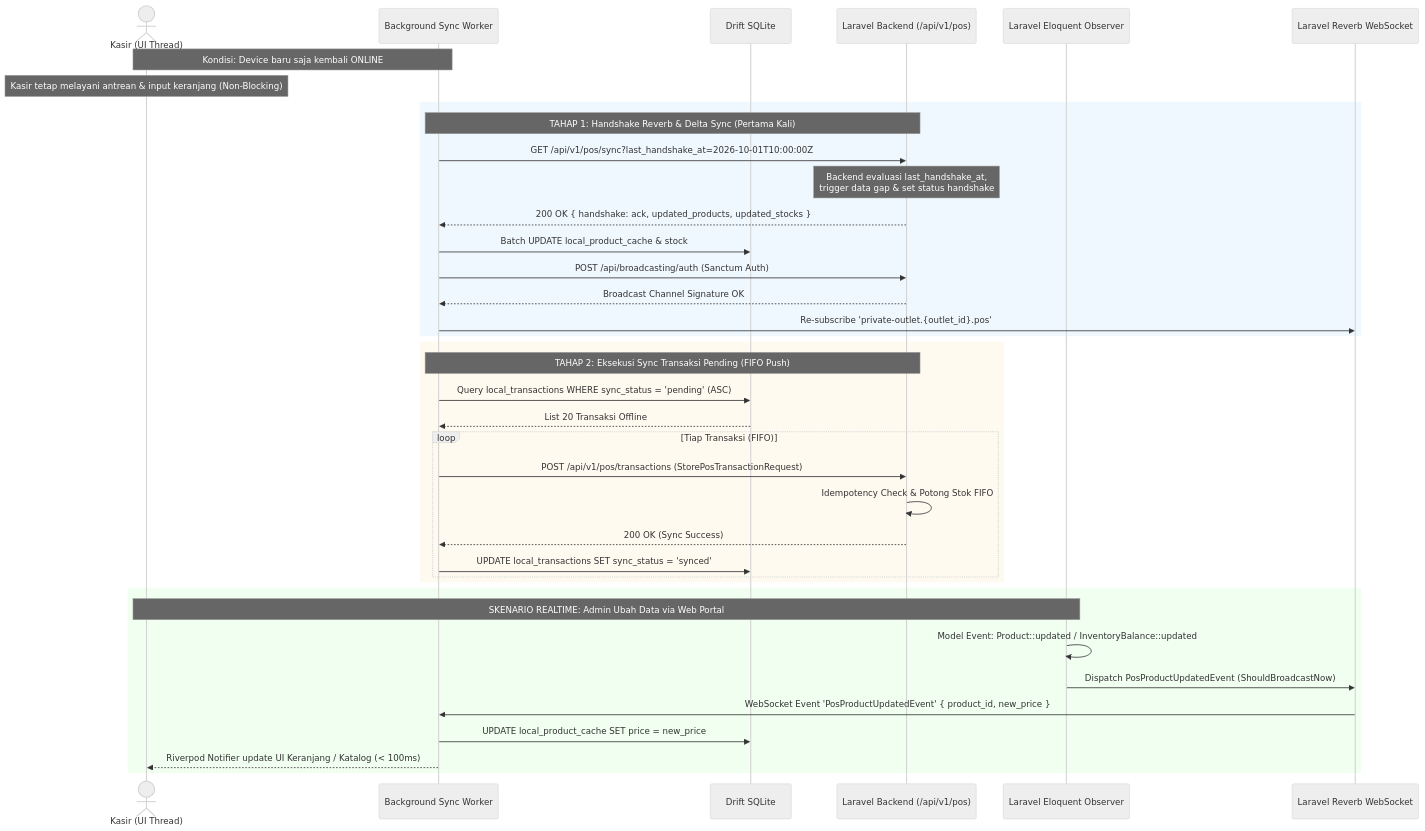
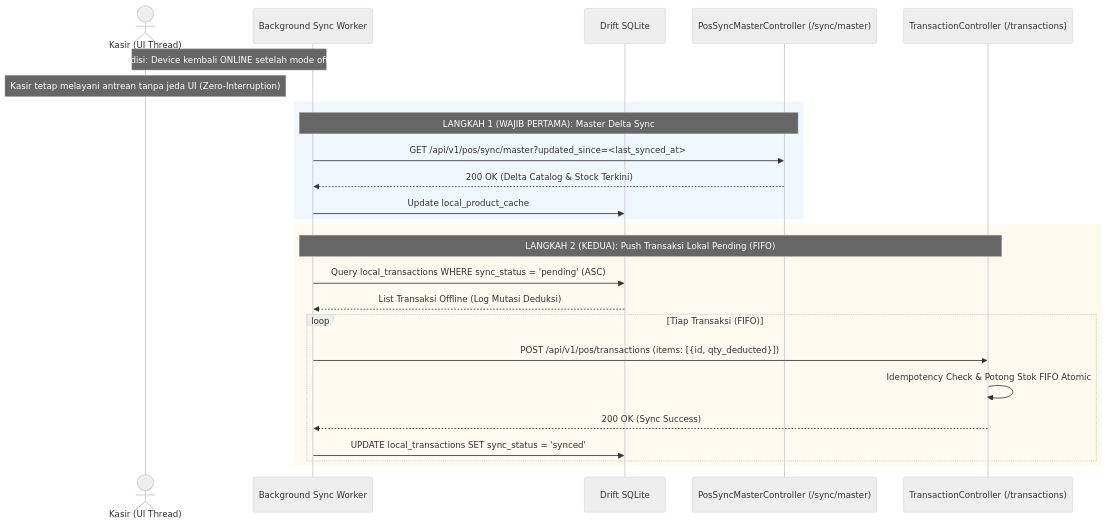
Before and after one commit to whykrr/sollu-app: the third of 4 diagrams in prd/PRD Transaksi - Channel POS V1.3 Core Fast Checkout, Hold-Resume, Delta Sync & Realtime Stream.md, drawn with Mermaid (neutral theme). The commit also changed other lines of this file and 40 other files, not shown here.

First line of the commit message:
feat(POS): Implement Employee, Log, Setting, Shift, Sync, and Transaction Controllers

````diff
--- a/prd/PRD Transaksi - Channel POS V1.3 Core Fast Checkout, Hold-Resume, Delta Sync & Realtime Stream.md
+++ b/prd/PRD Transaksi - Channel POS V1.3 Core Fast Checkout, Hold-Resume, Delta Sync & Realtime Stream.md
@@ -164,44 +219,30 @@
 ```mermaid
 sequenceDiagram
     actor Cashier as Kasir (UI Thread)
     participant Worker as Background Sync Worker
     participant LocalDB as Drift SQLite
-    participant API as Laravel Backend (/api/v1/pos)
-    participant Observer as Laravel Eloquent Observer
-    participant Reverb as Laravel Reverb WebSocket
+    participant API_Sync as PosSyncMasterController (/sync/master)
+    participant API_Tx as TransactionController (/transactions)
 
-    Note over Cashier,Worker: Kondisi: Device baru saja kembali ONLINE
-    Note over Cashier: Kasir tetap melayani antrean & input keranjang (Non-Blocking)
+    Note over Cashier,Worker: Kondisi: Device kembali ONLINE setelah mode offline
+    Note over Cashier: Kasir tetap melayani antrean tanpa jeda UI (Zero-Interruption)
 
     rect rgb(240, 248, 255)
-    Note over Worker,API: TAHAP 1: Handshake Reverb & Delta Sync (Pertama Kali)
-    Worker->>API: GET /api/v1/pos/sync?last_handshake_at=2026-10-01T10:00:00Z
-    Note over API: Backend evaluasi last_handshake_at,<br/>trigger data gap & set status handshake
-    API-->>Worker: 200 OK { handshake: ack, updated_products, updated_stocks }
-    Worker->>LocalDB: Batch UPDATE local_product_cache & stock
-    Worker->>API: POST /api/broadcasting/auth (Sanctum Auth)
-    API-->>Worker: Broadcast Channel Signature OK
-    Worker->>Reverb: Re-subscribe 'private-outlet.{outlet_id}.pos'
+    Note over Worker,API_Sync: LANGKAH 1 (WAJIB PERTAMA): Master Delta Sync
+    Worker->>API_Sync: GET /api/v1/pos/sync/master?updated_since=<last_synced_at>
+    API_Sync-->>Worker: 200 OK (Delta Catalog & Stock Terkini)
+    Worker->>LocalDB: Update local_product_cache
     end
 
     rect rgb(255, 250, 240)
-    Note over Worker,API: TAHAP 2: Eksekusi Sync Transaksi Pending (FIFO Push)
+    Note over Worker,API_Tx: LANGKAH 2 (KEDUA): Push Transaksi Lokal Pending (FIFO)
     Worker->>LocalDB: Query local_transactions WHERE sync_status = 'pending' (ASC)
-    LocalDB-->>Worker: List 20 Transaksi Offline
+    LocalDB-->>Worker: List Transaksi Offline (Log Mutasi Deduksi)
     loop Tiap Transaksi (FIFO)
-        Worker->>API: POST /api/v1/pos/transactions (StorePosTransactionRequest)
-        API->>API: Idempotency Check & Potong Stok FIFO
-        API-->>Worker: 200 OK (Sync Success)
+        Worker->>API_Tx: POST /api/v1/pos/transactions (items: [{id, qty_deducted}])
+        API_Tx->>API_Tx: Idempotency Check & Potong Stok FIFO Atomic
+        API_Tx-->>Worker: 200 OK (Sync Success)
         Worker->>LocalDB: UPDATE local_transactions SET sync_status = 'synced'
     end
     end
-
-    rect rgb(240, 255, 240)
-    Note over Observer,Cashier: SKENARIO REALTIME: Admin Ubah Data via Web Portal
-    Observer->>Observer: Model Event: Product::updated / InventoryBalance::updated
-    Observer->>Reverb: Dispatch PosProductUpdatedEvent (ShouldBroadcastNow)
-    Reverb->>Worker: WebSocket Event 'PosProductUpdatedEvent' { product_id, new_price }
-    Worker->>LocalDB: UPDATE local_product_cache SET price = new_price
-    Worker-->>Cashier: Riverpod Notifier update UI Keranjang / Katalog (< 100ms)
-    end
 ```
````
